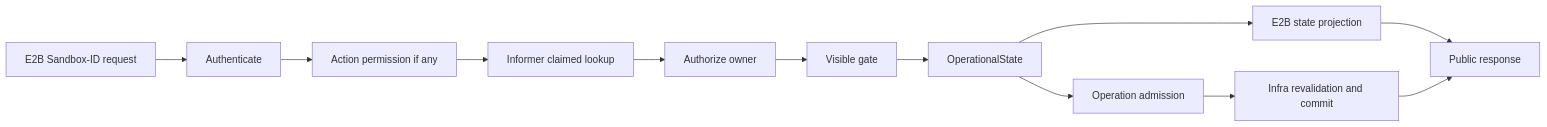
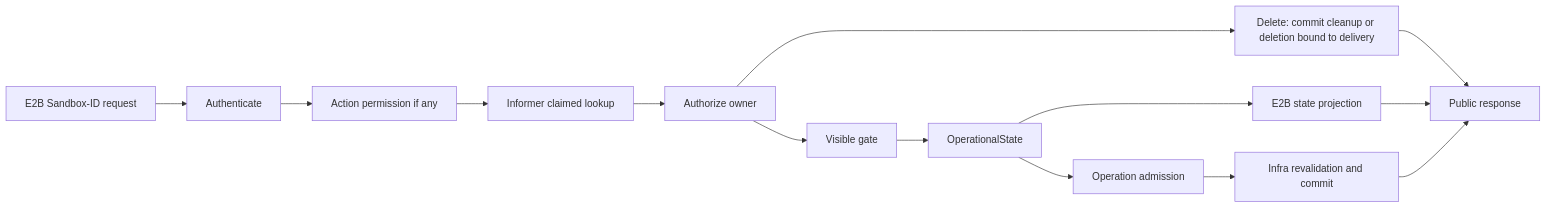
The diagram in docs/proposals/20260826-sandbox-lookup-e2b-visibility-EN.md (AiRanthem/agents), drawn with Mermaid before and after one commit. The commit also changed other lines of this file and 1 other file, not shown here.

Commit message:
docs: clarify sandbox deletion and rolling delivery rollout

````diff
--- a/docs/proposals/20260826-sandbox-lookup-e2b-visibility-EN.md
+++ b/docs/proposals/20260826-sandbox-lookup-e2b-visibility-EN.md
@@ -176,14 +192,16 @@
 ```mermaid
 flowchart LR
     Request[E2B Sandbox-ID request] --> Auth[Authenticate]
     Auth --> Permission[Action permission if any]
     Permission --> Lookup[Informer claimed lookup]
     Lookup --> Owner[Authorize owner]
     Owner --> Visible[Visible gate]
+    Owner --> Delete[Delete: commit cleanup or deletion bound to delivery]
+    Delete --> Result[Public response]
     Visible --> Operational[OperationalState]
     Operational --> Projection[E2B state projection]
     Operational --> Admission[Operation admission]
     Admission --> Capability[Infra revalidation and commit]
     Projection --> Result[Public response]
     Capability --> Result
 ```
````
